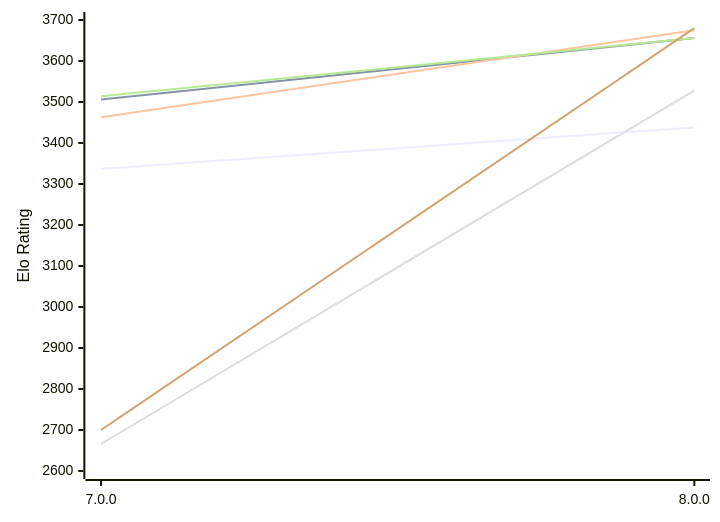
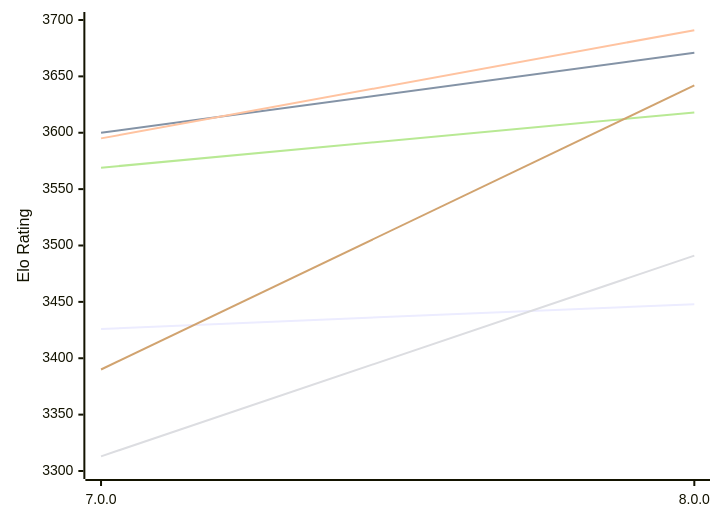
Before and after one commit to computer-chess-index/cci: the first of 2 diagrams in engines/PlentyChess.md, drawn with Mermaid. The commit also changed other lines of this file, not shown here.

Commit message:
Update CCI Ratings (ELO VLTC) - 2026-11-14

````diff
--- a/engines/PlentyChess.md
+++ b/engines/PlentyChess.md
@@ -55,12 +55,12 @@
 ```mermaid
 %%{init: {"theme":"base","themeVariables":{"seriesColors:['#a3a3a3','#222221','#faa371']}}}%%
 xychart-beta
   x-axis ["7.0.0", "8.0.0"]
-  y-axis "Elo Rating" 2600 --> 3700
-  line "E1: STC (8.0+0.08s)" [3337, 3438]
-  line "E1: LTC (60.0+0.60s)" [3506, 3656]
-  line "E1: VLTC (2m24s+1.12s)" [3463, 3675]
-  line "P1: STC (8.0+0.08s)" [2666, 3528]
-  line "P1: LTC (60.0+0.60s)" [3514, 3656]
-  line "P1: VLTC (2m24s+1.12s)" [2700, 3680]
+  y-axis "Elo Rating" 3300 --> 3700
+  line "E1: STC (8.0+0.08s)" [3426, 3448]
+  line "E1: LTC (60.0+0.60s)" [3600, 3671]
+  line "E1: VLTC (2m24s+1.12s)" [3595, 3691]
+  line "P1: STC (8.0+0.08s)" [3313, 3491]
+  line "P1: LTC (60.0+0.60s)" [3569, 3618]
+  line "P1: VLTC (2m24s+1.12s)" [3390, 3642]
 ```
````
